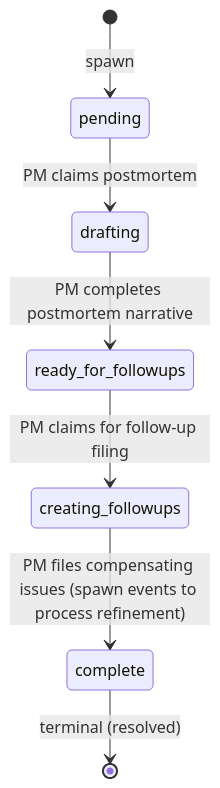
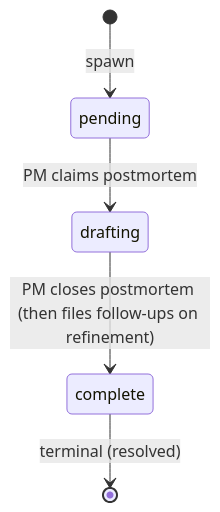
Before and after one commit to blemees/blemees-workflow: the diagram in examples/workflows/postmortem-states.mermaid, drawn with Mermaid. The commit also changed 30 other files, not shown here.

```diff
--- a/examples/workflows/postmortem-states.mermaid
+++ b/examples/workflows/postmortem-states.mermaid
@@ -1,8 +1,12 @@
 stateDiagram-v2
     direction TB
+    %% Cross-process interfaces:
+    %%   Spawn:   complete → process (derived from initial_state) (issue_type=bug, initial=raw)
+    %%   Spawn:   complete → process (derived from initial_state) (issue_type=chore, initial=raw)
+    %%   Spawn:   complete → process (derived from initial_state) (issue_type=feature, initial=raw)
+    %%
+
     pending --> drafting: PM claims postmortem
-    drafting --> ready_for_followups: PM completes postmortem narrative
-    ready_for_followups --> creating_followups: PM claims for follow-up filing
-    creating_followups --> complete: PM files compensating issues (spawn events to process refinement)
+    drafting --> complete: PM closes postmortem (then files follow-ups on refinement)
     complete --> [*]: terminal (resolved)
     [*] --> pending: spawn
```
